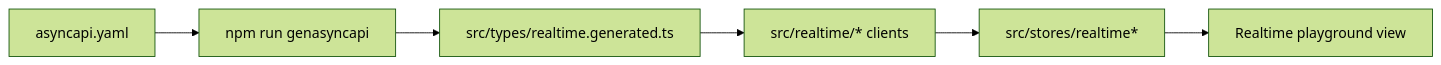
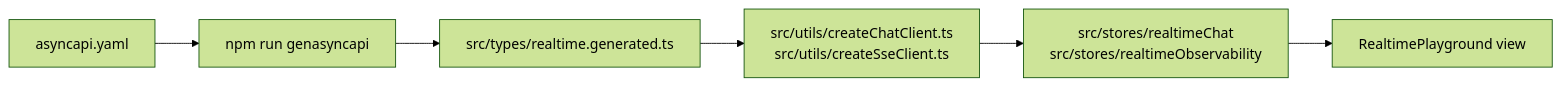
One commit to Guebbit/boilerplate-vue-frontend changed the third of 6 diagrams in README.md. Above: the diagram before and after it, drawn with Mermaid (forest theme). The commit also changed other lines of this file and 178 other files, not shown here.

````diff
--- a/README.md
+++ b/README.md
@@ -299,8 +346,8 @@
 ```mermaid
 flowchart LR
     A[asyncapi.yaml] --> G[npm run genasyncapi]
     G --> T[src/types/realtime.generated.ts]
-    T --> C[src/realtime/* clients]
-    C --> S[src/stores/realtime*]
-    S --> V[Realtime playground view]
+    T --> C[src/utils/createChatClient.ts<br/>src/utils/createSseClient.ts]
+    C --> S[src/stores/realtimeChat<br/>src/stores/realtimeObservability]
+    S --> V[RealtimePlayground view]
 ```
````
